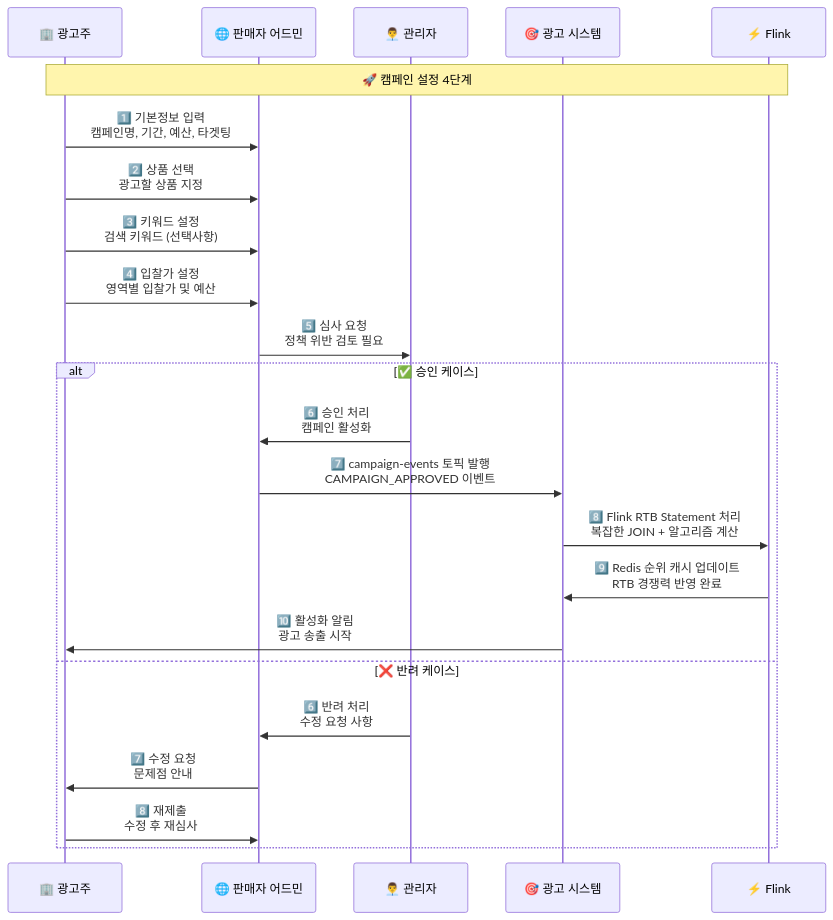
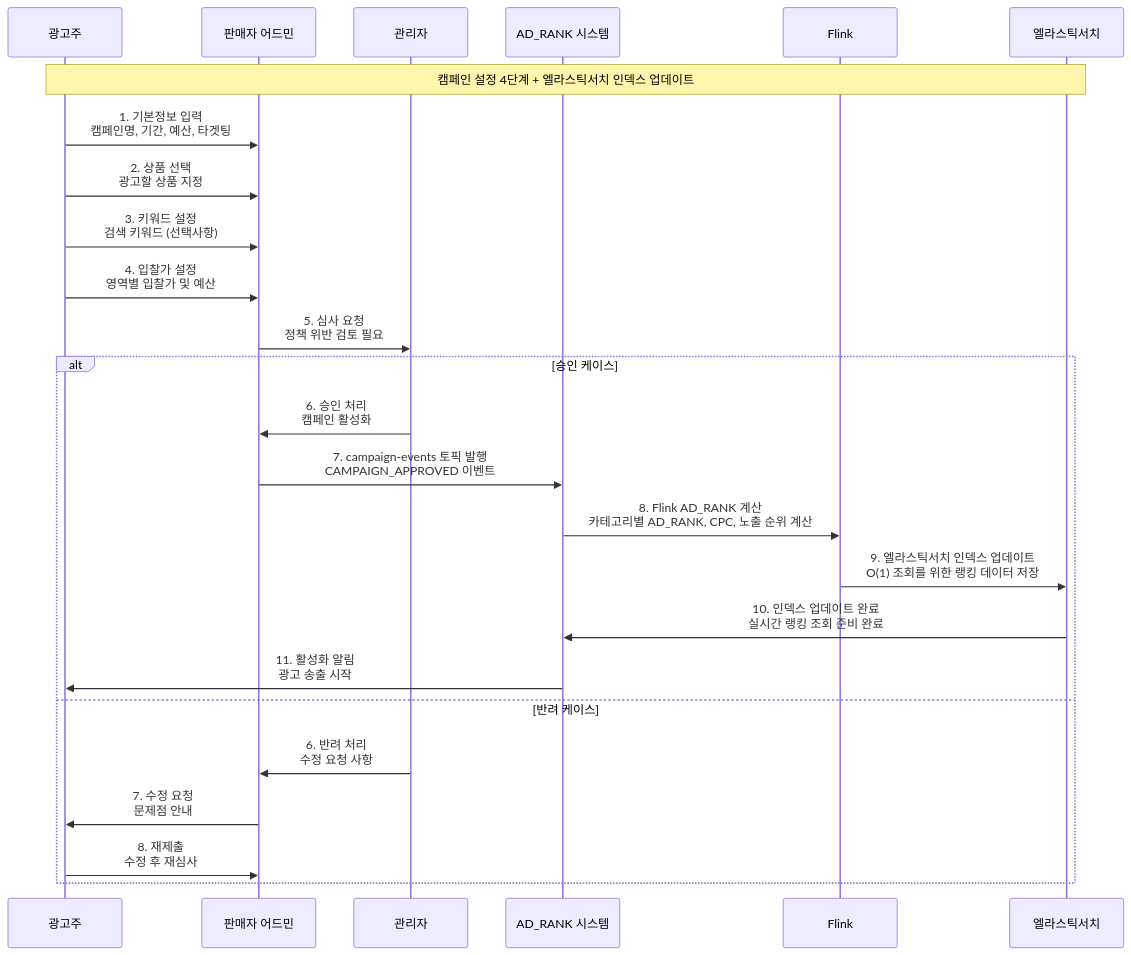
One commit to smk692/advertisement-project changed the third of 9 diagrams in docs/2. 설계/2-1. 업무흐름.md. Above: the diagram before and after it, drawn with Mermaid. The commit also changed other lines of this file and 15 other files, not shown here.

````diff
--- a/docs/2. 설계/2-1. 업무흐름.md
+++ b/docs/2. 설계/2-1. 업무흐름.md
@@ -142,29 +143,31 @@
 ```mermaid
 sequenceDiagram
-    participant A as 🏢 광고주
-    participant S as 🌐 판매자 어드민
-    participant M as 👨‍💼 관리자
-    participant AS as 🎯 광고 시스템
-    participant F as ⚡ Flink
+    participant A as 광고주
+    participant S as 판매자 어드민
+    participant M as 관리자
+    participant AS as AD_RANK 시스템
+    participant F as Flink
+    participant ES as 엘라스틱서치
     
-    Note over A,F: 🚀 캠페인 설정 4단계
+    Note over A,ES: 캠페인 설정 4단계 + 엘라스틱서치 인덱스 업데이트
     
-    A->>S: 1️⃣ 기본정보 입력<br/>캠페인명, 기간, 예산, 타겟팅
-    A->>S: 2️⃣ 상품 선택<br/>광고할 상품 지정
-    A->>S: 3️⃣ 키워드 설정<br/>검색 키워드 (선택사항)
-    A->>S: 4️⃣ 입찰가 설정<br/>영역별 입찰가 및 예산
+    A->>S: 1. 기본정보 입력<br/>캠페인명, 기간, 예산, 타겟팅
+    A->>S: 2. 상품 선택<br/>광고할 상품 지정
+    A->>S: 3. 키워드 설정<br/>검색 키워드 (선택사항)
+    A->>S: 4. 입찰가 설정<br/>영역별 입찰가 및 예산
     
-    S->>M: 5️⃣ 심사 요청<br/>정책 위반 검토 필요
+    S->>M: 5. 심사 요청<br/>정책 위반 검토 필요
     
-    alt ✅ 승인 케이스
-        M->>S: 6️⃣ 승인 처리<br/>캠페인 활성화
-        S->>AS: 7️⃣ campaign-events 토픽 발행<br/>CAMPAIGN_APPROVED 이벤트
-        AS->>F: 8️⃣ Flink RTB Statement 처리<br/>복잡한 JOIN + 알고리즘 계산
-        F->>AS: 9️⃣ Redis 순위 캐시 업데이트<br/>RTB 경쟁력 반영 완료
-        AS->>A: 🔟 활성화 알림<br/>광고 송출 시작
-    else ❌ 반려 케이스
-        M->>S: 6️⃣ 반려 처리<br/>수정 요청 사항
-        S->>A: 7️⃣ 수정 요청<br/>문제점 안내
-        A->>S: 8️⃣ 재제출<br/>수정 후 재심사
+    alt 승인 케이스
+        M->>S: 6. 승인 처리<br/>캠페인 활성화
+        S->>AS: 7. campaign-events 토픽 발행<br/>CAMPAIGN_APPROVED 이벤트
+        AS->>F: 8. Flink AD_RANK 계산<br/>카테고리별 AD_RANK, CPC, 노출 순위 계산
+        F->>ES: 9. 엘라스틱서치 인덱스 업데이트<br/>O(1) 조회를 위한 랭킹 데이터 저장
+        ES->>AS: 10. 인덱스 업데이트 완료<br/>실시간 랭킹 조회 준비 완료
+        AS->>A: 11. 활성화 알림<br/>광고 송출 시작
+    else 반려 케이스
+        M->>S: 6. 반려 처리<br/>수정 요청 사항
+        S->>A: 7. 수정 요청<br/>문제점 안내
+        A->>S: 8. 재제출<br/>수정 후 재심사
     end
 ```
````
